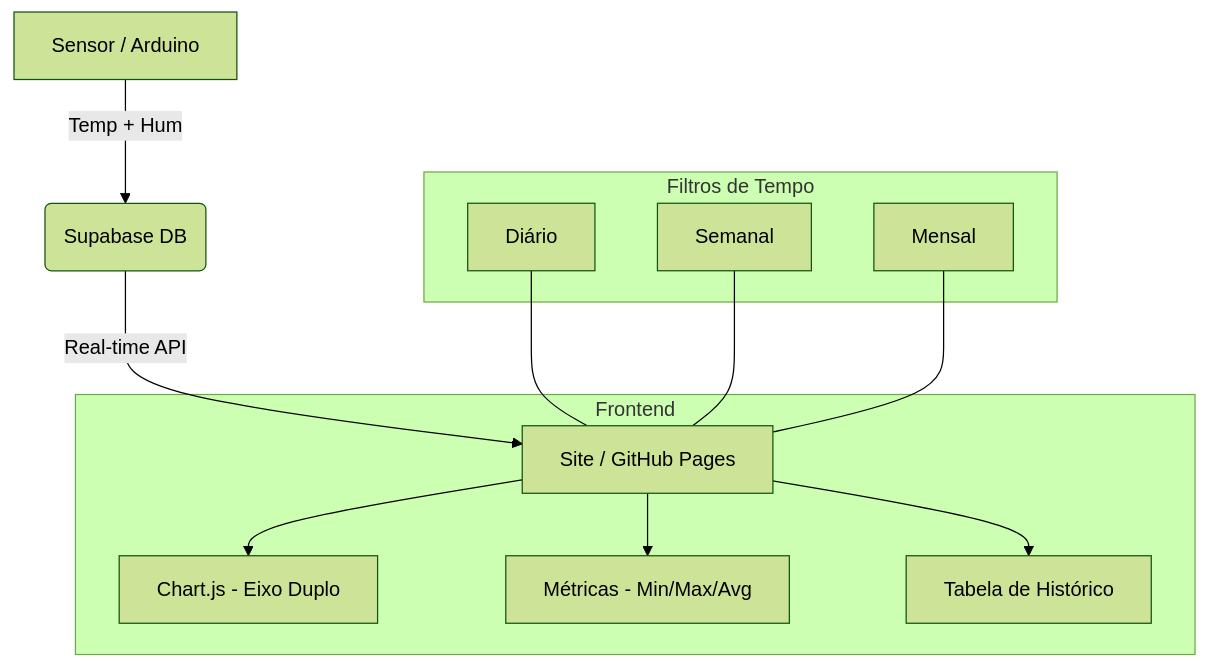
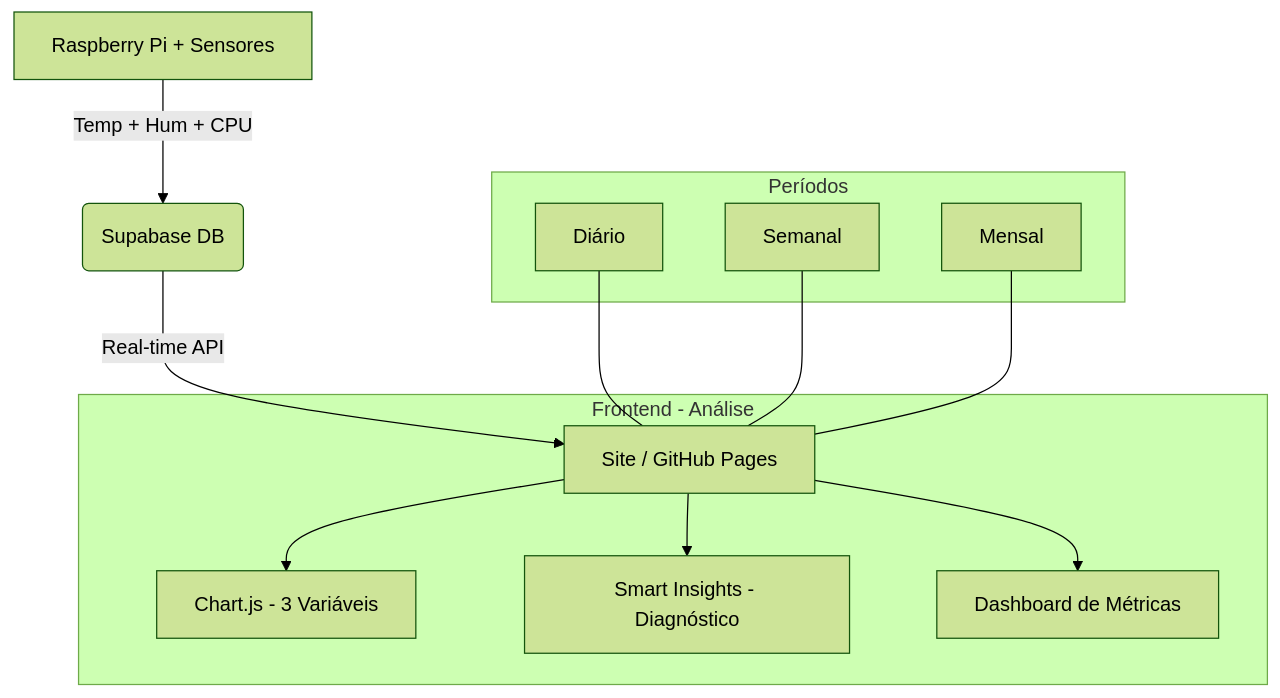
One commit to nandopf/meu-site changed the diagram in README.md. Above: the diagram before and after it, drawn with Mermaid (forest theme). The commit also changed other lines of this file and 1 other file, not shown here.

````diff
--- a/README.md
+++ b/README.md
@@ -22,15 +15,15 @@
 ```mermaid
 graph TD
-    A[Sensor / Arduino] -->|Temp + Hum| B(Supabase DB)
+    A[Raspberry Pi + Sensores] -->|Temp + Hum + CPU| B(Supabase DB)
     B -->|Real-time API| C[Site / GitHub Pages]
-    subgraph Frontend
-        C --> D[Chart.js - Eixo Duplo]
-        C --> E[Métricas - Min/Max/Avg]
-        C --> F[Tabela de Histórico]
+    subgraph Frontend - Análise
+        C --> D[Chart.js - 3 Variáveis]
+        C --> E[Smart Insights - Diagnóstico]
+        C --> F[Dashboard de Métricas]
     end
-    subgraph Filtros de Tempo
+    subgraph Períodos
         G[Diário] --- C
         H[Semanal] --- C
         I[Mensal] --- C
     end
 ```
````
